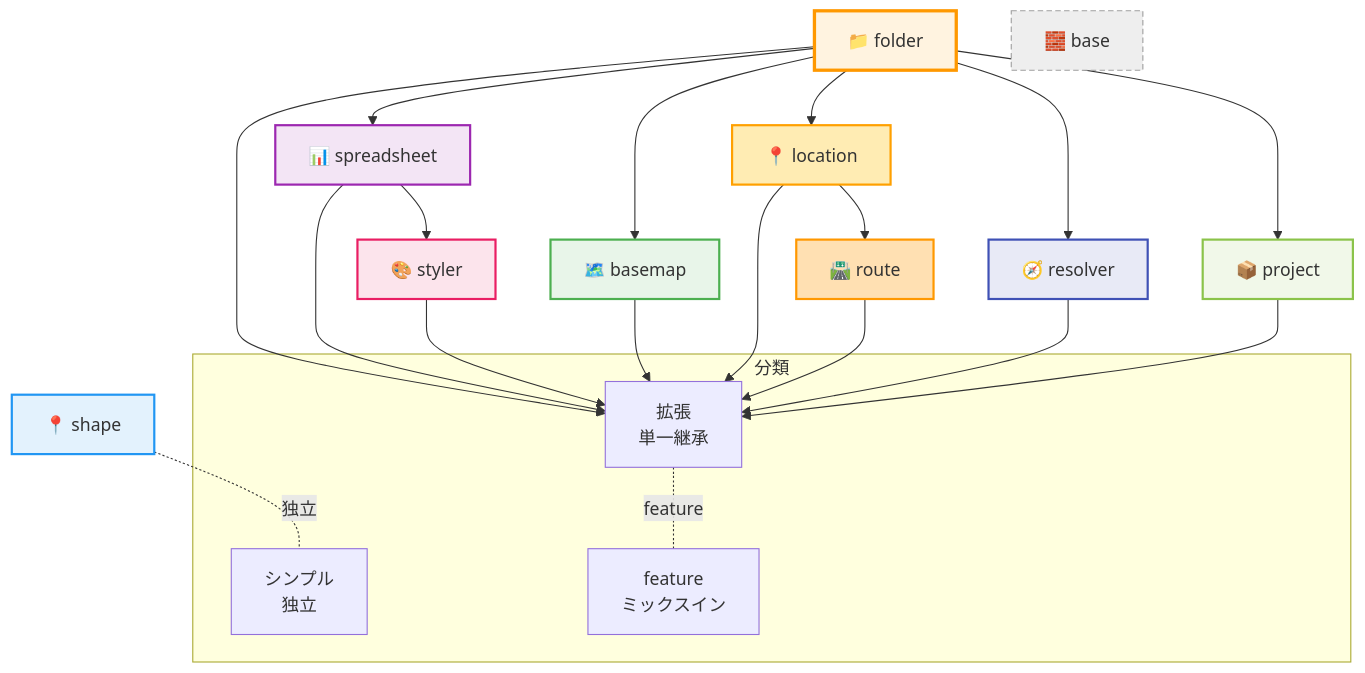
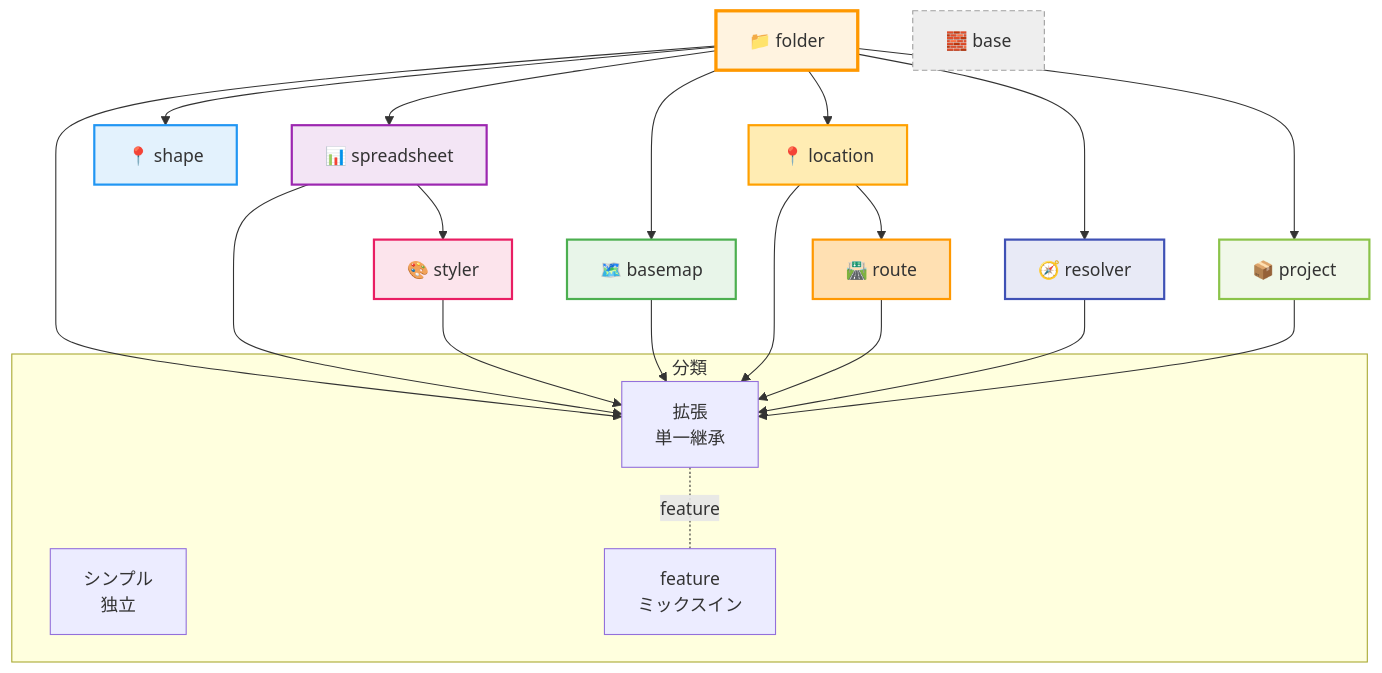
One commit to kubohiroya/hierarchidb changed the first of 2 diagrams in packages/node-type/README.md. Above: the diagram before and after it, drawn with Mermaid. The commit also changed other lines of this file and 213 other files, not shown here.

````diff
--- a/packages/node-type/README.md
+++ b/packages/node-type/README.md
@@ -68,66 +68,66 @@
 ```mermaid
 graph TB
     %% 分類
     subgraph "分類"
         SIMPLE[シンプル<br/>独立]
         EXTENDING[拡張<br/>単一継承]
         MIXIN[feature<br/>ミックスイン]
     end
 
     %% 基盤
     FOLDER[📁 folder]
     BASE[🧱 base]
 
     %% データ取り込み/変換
     SPREADSHEET[📊 spreadsheet]
     RESOLVER[🧭 resolver]
 
     %% 可視化/スタイリング
     STYLER[🎨 styler]
     BASEMAP[🗺️ basemap]
 
     %% 地理/分析
     SHAPE[📍 shape]
     LOCATION[📍 location]
     ROUTE[🛣️ route]
 
     %% メタ
     PROJECT[📦 project]
 
     %% 単一継承の依存
     FOLDER --> SPREADSHEET
     SPREADSHEET --> STYLER
     FOLDER --> BASEMAP
     FOLDER --> LOCATION
     LOCATION --> ROUTE
     FOLDER --> RESOLVER
     FOLDER --> PROJECT
 
-    %% 独立（入力なし）
-    SHAPE -. 独立 .- SIMPLE
+    %% 継承（入力あり）
+    FOLDER --> SHAPE
 
     %% 分類マッピング（概念）
     FOLDER --> EXTENDING
     SPREADSHEET --> EXTENDING
     STYLER --> EXTENDING
     BASEMAP --> EXTENDING
     LOCATION --> EXTENDING
     ROUTE --> EXTENDING
     RESOLVER --> EXTENDING
     PROJECT --> EXTENDING
 
     %% ミックスイン（feature付与の概念）
     EXTENDING -. feature .- MIXIN
 
     %% スタイル
     style BASE fill:#eeeeee,stroke:#9e9e9e,stroke-width:1px,stroke-dasharray: 5 3
     style FOLDER fill:#fff3e0,stroke:#ff9800,stroke-width:3px
     style SPREADSHEET fill:#f3e5f5,stroke:#9c27b0,stroke-width:2px
     style STYLER fill:#fce4ec,stroke:#e91e63,stroke-width:2px
     style BASEMAP fill:#e8f5e9,stroke:#4caf50,stroke-width:2px
     style SHAPE fill:#e3f2fd,stroke:#2196f3,stroke-width:2px
     style LOCATION fill:#ffecb3,stroke:#ffa000,stroke-width:2px
     style ROUTE fill:#ffe0b2,stroke:#ff9800,stroke-width:2px
     style RESOLVER fill:#e8eaf6,stroke:#3f51b5,stroke-width:2px
     style PROJECT fill:#f1f8e9,stroke:#8bc34a,stroke-width:2px
 ```
````
